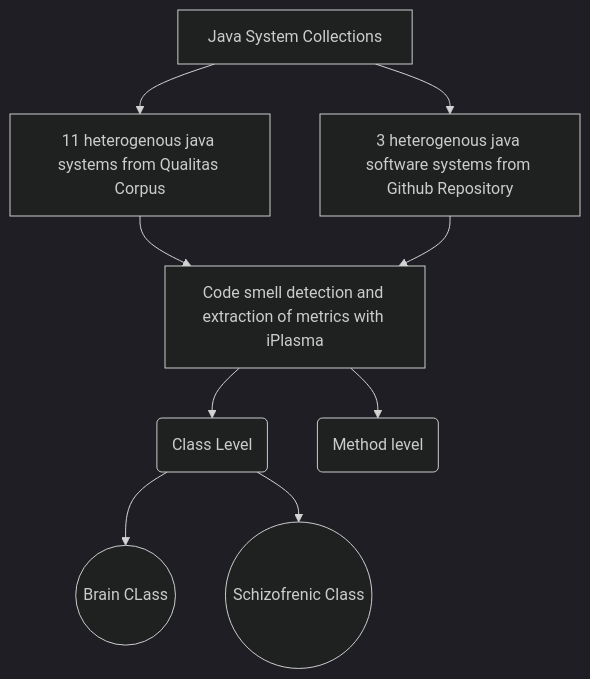
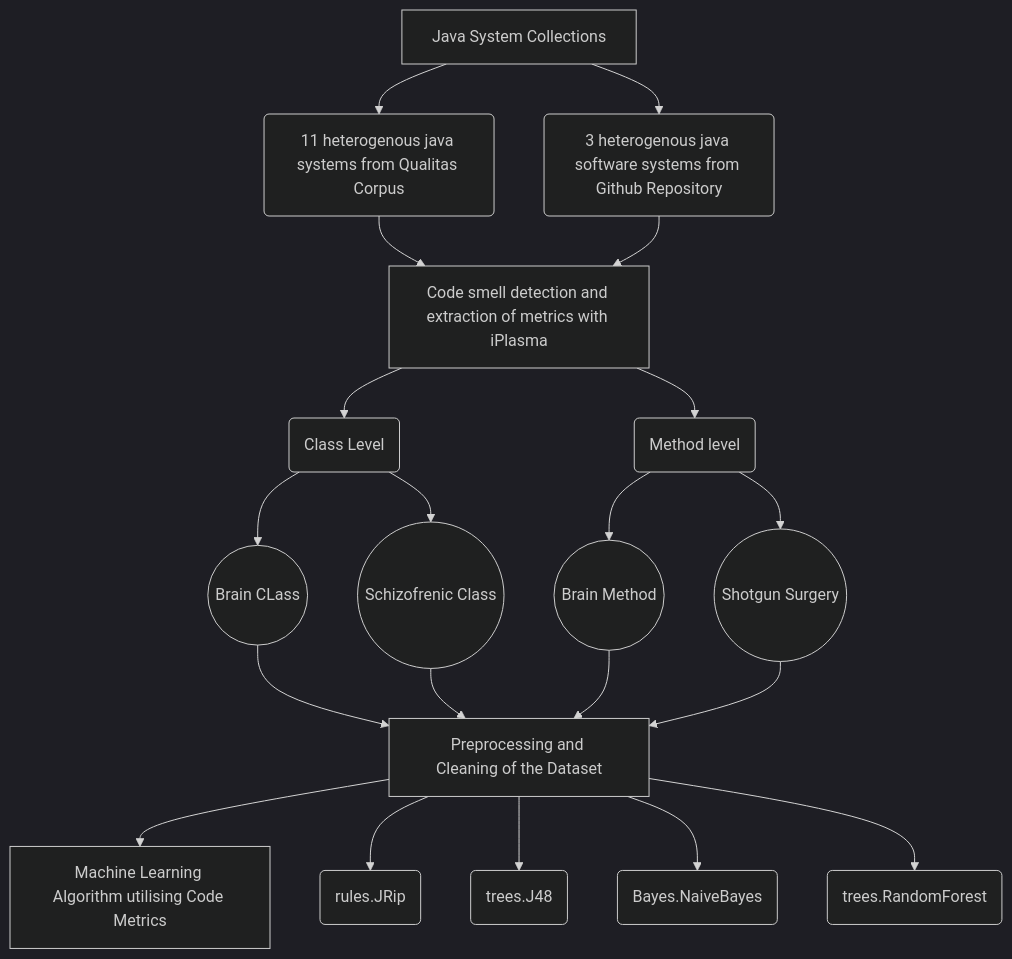
Before and after one commit to abhilashaojha/CodeSmells: the diagram in README.md, drawn with Mermaid (dark theme). The commit also changed other lines of this file, not shown here.

````diff
--- a/README.md
+++ b/README.md
@@ -4,11 +27,22 @@
 ```mermaid
 graph TD;
-    A[Java System Collections]-->B[11 heterogenous java systems from Qualitas Corpus];
-    A[Java System Collections]-->C[3 heterogenous java software systems from Github Repository];
+    A[Java System Collections]-->B(11 heterogenous java systems from Qualitas Corpus);
+    A[Java System Collections]-->C(3 heterogenous java software systems from Github Repository);
     B-->D;
     C-->D;
     D[Code smell detection and extraction of metrics with iPlasma]-->E(Class Level);
     D[Code smell detection and extraction of metrics with iPlasma]-->F(Method level);
     E-->G((Brain CLass));
     E-->H((Schizofrenic Class));
+    F-->I((Brain Method));
+    F-->J((Shotgun Surgery));
+    G-->K[Preprocessing and Cleaning of the Dataset];
+    H-->K;
+    I-->K;
+    J-->K;
+    K-->L[Machine Learning Algorithm utilising Code Metrics];
+    K-->M(rules.JRip);
+    K-->N(trees.J48);
+    K-->O(Bayes.NaiveBayes);
+    K-->P(trees.RandomForest);
  ```
````
